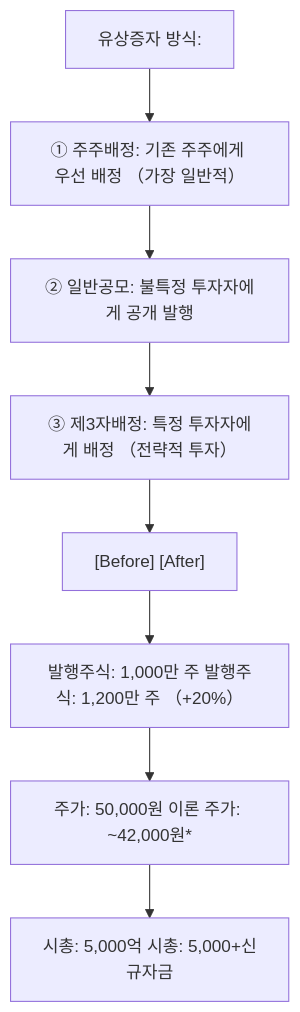
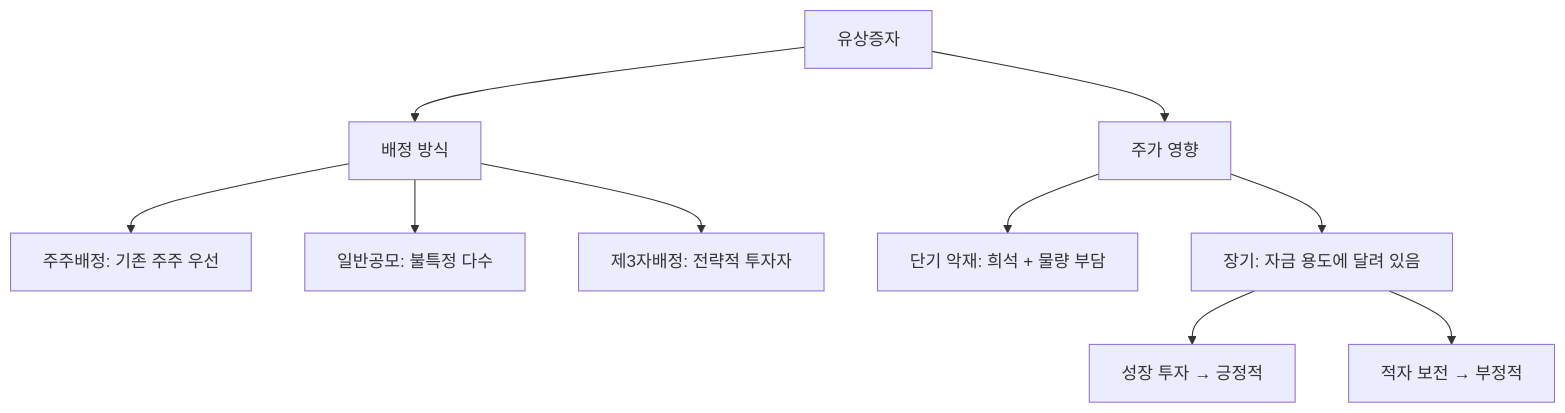
Before and after one commit to yeongseon/stock-visual-note: the diagram in content/stock-terms/ko/level-07-earnings/paid-in-capital-increase.md, drawn with Mermaid. The commit also changed other lines of this file and 96 other files, not shown here.

Commit message:
Rewrite all 98 remaining articles: branching Mermaid diagrams, natural search_intent, compelling seo_titles, clean descriptions

````diff
--- a/content/stock-terms/ko/level-07-earnings/paid-in-capital-increase.md
+++ b/content/stock-terms/ko/level-07-earnings/paid-in-capital-increase.md
@@ -39,18 +39,13 @@
 ```mermaid
 graph TD
-    N0["유상증자 방식:"]
-    N1["① 주주배정: 기존 주주에게 우선 배정 （가장 일반적）"]
-    N2["② 일반공모: 불특정 투자자에게 공개 발행"]
-    N3["③ 제3자배정: 특정 투자자에게 배정 （전략적 투자）"]
-    N4["[Before] [After]"]
-    N5["발행주식: 1,000만 주 발행주식: 1,200만 주 （+20%）"]
-    N6["주가: 50,000원 이론 주가: ~42,000원*"]
-    N7["시총: 5,000억 시총: 5,000+신규자금"]
-    N0 --> N1
-    N1 --> N2
-    N2 --> N3
-    N3 --> N4
-    N4 --> N5
-    N5 --> N6
-    N6 --> N7
+    A["유상증자"]
+    A --> B["배정 방식"]
+    A --> C["주가 영향"]
+    B --> B1["주주배정: 기존 주주 우선"]
+    B --> B2["일반공모: 불특정 다수"]
+    B --> B3["제3자배정: 전략적 투자자"]
+    C --> C1["단기 악재: 희석 + 물량 부담"]
+    C --> C2["장기: 자금 용도에 달려 있음"]
+    C2 --> D["성장 투자 → 긍정적"]
+    C2 --> E["적자 보전 → 부정적"]
 ```
````
